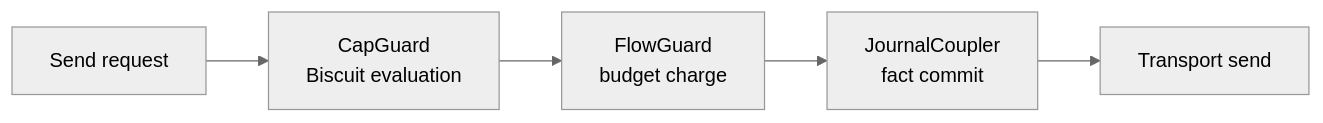
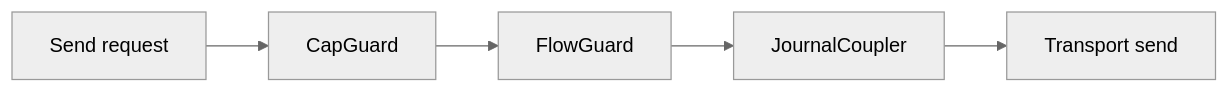
The second of 3 diagrams in docs/104_authorization.md (hxrts/aura), drawn with Mermaid (neutral theme) before and after one commit. The commit also changed other lines of this file and 30 other files, not shown here.

````diff
--- a/docs/104_authorization.md
+++ b/docs/104_authorization.md
@@ -27,7 +27,7 @@
 ```mermaid
 flowchart LR
-    A[Send request] --> B[CapGuard<br/>Biscuit evaluation];
-    B --> C[FlowGuard<br/>budget charge];
-    C --> D[JournalCoupler<br/>fact commit];
-    D --> E[Transport send];
+    A[Send request] --> B[CapGuard]
+    B --> C[FlowGuard]
+    C --> D[JournalCoupler]
+    D --> E[Transport send]
 ```
````
